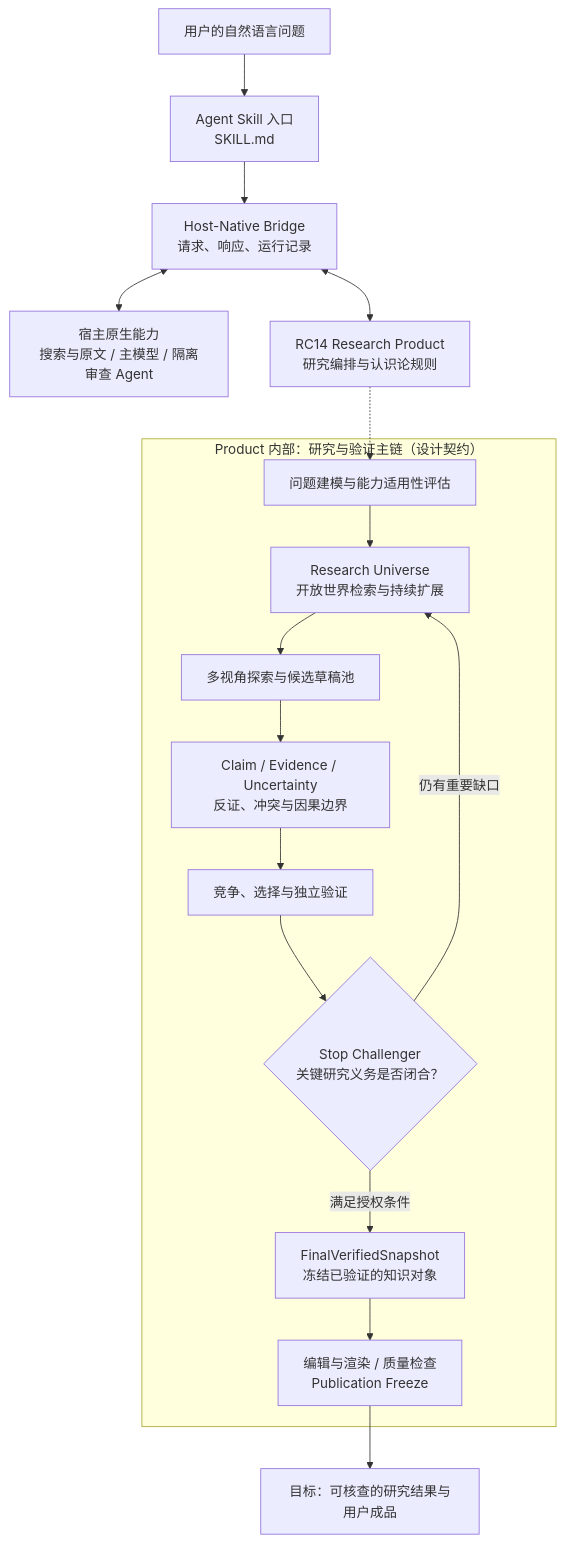
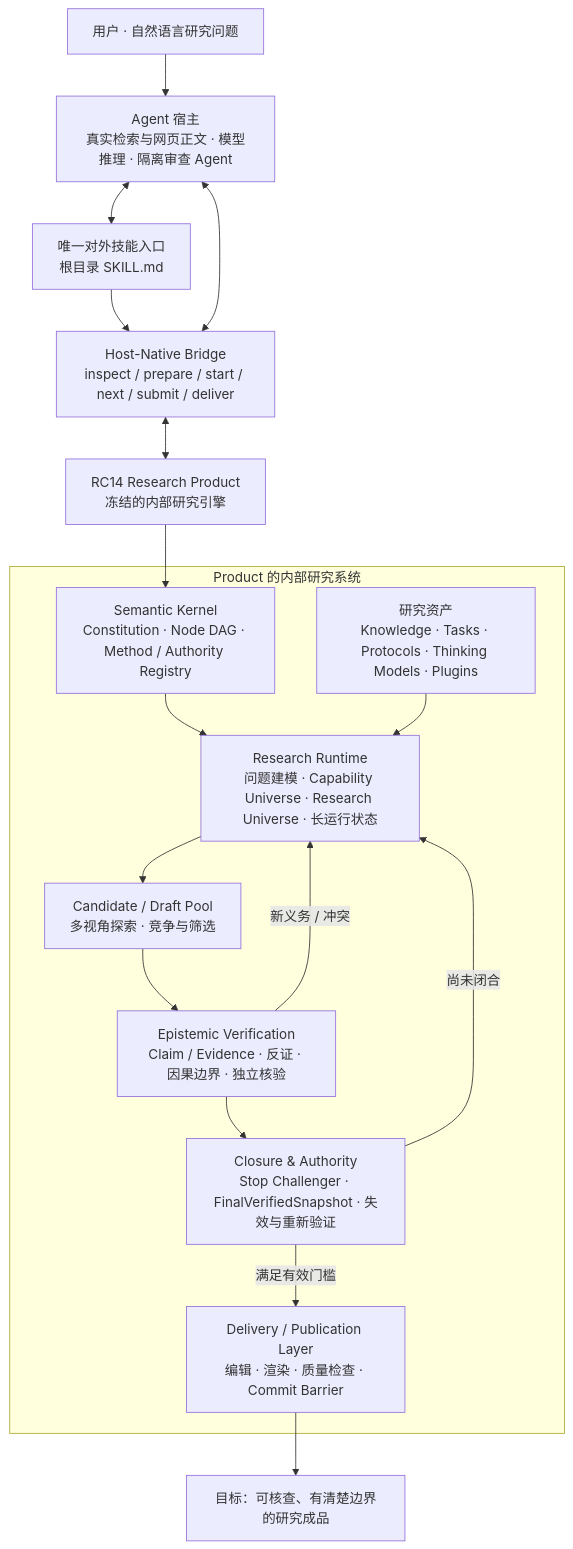
Before and after one commit to llootupsl/profound-cognition: the first of 4 diagrams in README.md, drawn with Mermaid. The commit also changed other lines of this file, not shown here.

Commit message:
docs: explain complete RC14 architecture, nested Skill boundary and honest research goals

````diff
--- a/README.md
+++ b/README.md
@@ -50,21 +49,34 @@
 ```mermaid
-flowchart TD
-    Q["用户的自然语言问题"] --> ENTRY["Agent Skill 入口<br/>SKILL.md"]
-    ENTRY --> BRIDGE["Host-Native Bridge<br/>请求、响应、运行记录"]
-    BRIDGE <--> HOST["宿主原生能力<br/>搜索与原文 / 主模型 / 隔离审查 Agent"]
-    BRIDGE <--> PRODUCT["RC14 Research Product<br/>研究编排与认识论规则"]
+flowchart TB
+    U["用户 · 自然语言研究问题"]
+    H["Agent 宿主<br/>真实检索与网页正文 · 模型推理 · 隔离审查 Agent"]
+    E["唯一对外技能入口<br/>根目录 SKILL.md"]
+    B["Host-Native Bridge<br/>inspect / prepare / start / next / submit / deliver"]
+    P["RC14 Research Product<br/>冻结的内部研究引擎"]
 
-    subgraph RESEARCH["Product 内部：研究与验证主链（设计契约）"]
-        A["问题建模与能力适用性评估"] --> B["Research Universe<br/>开放世界检索与持续扩展"]
-        B --> C["多视角探索与候选草稿池"]
-        C --> D["Claim / Evidence / Uncertainty<br/>反证、冲突与因果边界"]
-        D --> E["竞争、选择与独立验证"]
-        E --> F{"Stop Challenger<br/>关键研究义务是否闭合？"}
-        F -->|"仍有重要缺口"| B
-        F -->|"满足授权条件"| G["FinalVerifiedSnapshot<br/>冻结已验证的知识对象"]
-        G --> H["编辑与渲染 / 质量检查<br/>Publication Freeze"]
+    subgraph ENGINE["Product 的内部研究系统"]
+      K["Semantic Kernel<br/>Constitution · Node DAG · Method / Authority Registry"]
+      R["Research Runtime<br/>问题建模 · Capability Universe · Research Universe · 长运行状态"]
+      A["研究资产<br/>Knowledge · Tasks · Protocols · Thinking Models · Plugins"]
+      D["Candidate / Draft Pool<br/>多视角探索 · 竞争与筛选"]
+      V["Epistemic Verification<br/>Claim / Evidence · 反证 · 因果边界 · 独立核验"]
+      F["Closure & Authority<br/>Stop Challenger · FinalVerifiedSnapshot · 失效与重新验证"]
+      O["Delivery / Publication Layer<br/>编辑 · 渲染 · 质量检查 · Commit Barrier"]
+      K --> R
+      A --> R
+      R --> D
+      D --> V
+      V -->|"新义务 / 冲突"| R
+      V --> F
+      F -->|"尚未闭合"| R
+      F -->|"满足有效门槛"| O
     end
 
-    PRODUCT -.-> A
-    H --> OUT["目标：可核查的研究结果与用户成品"]
+    U --> H
+    H <--> E
+    E --> B
+    B <--> H
+    B <--> P
+    P --> K
+    O --> Z["目标：可核查、有清楚边界的研究成品"]
 ```
````
